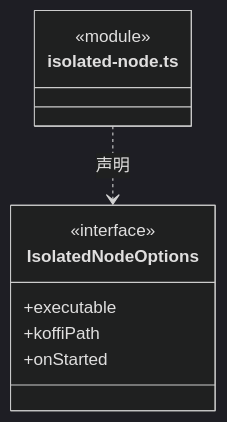
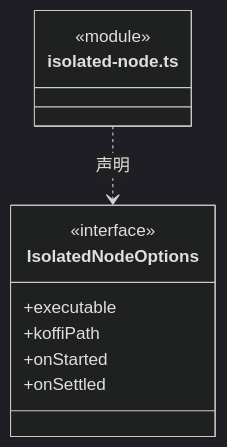
Before and after one commit to nan023062/cbim: diagram 17 of 30 in src/backend/main/platform/ARCHITECTURE.md, drawn with Mermaid (dark theme). The commit also changed other lines of this file and 58 other files, not shown here.

````diff
--- a/src/backend/main/platform/ARCHITECTURE.md
+++ b/src/backend/main/platform/ARCHITECTURE.md
@@ -415,13 +419,14 @@
 ```mermaid
 classDiagram
 class N_src_backend_main_platform_isolated_node_ts["isolated-node.ts"] {
   <<module>>
 }
 class N_src_backend_main_platform_isolated_node_ts_IsolatedNodeOptions["IsolatedNodeOptions"] {
   <<interface>>
   +executable
   +koffiPath
   +onStarted
+  +onSettled
 }
 N_src_backend_main_platform_isolated_node_ts ..> N_src_backend_main_platform_isolated_node_ts_IsolatedNodeOptions : 声明
 ```
````
